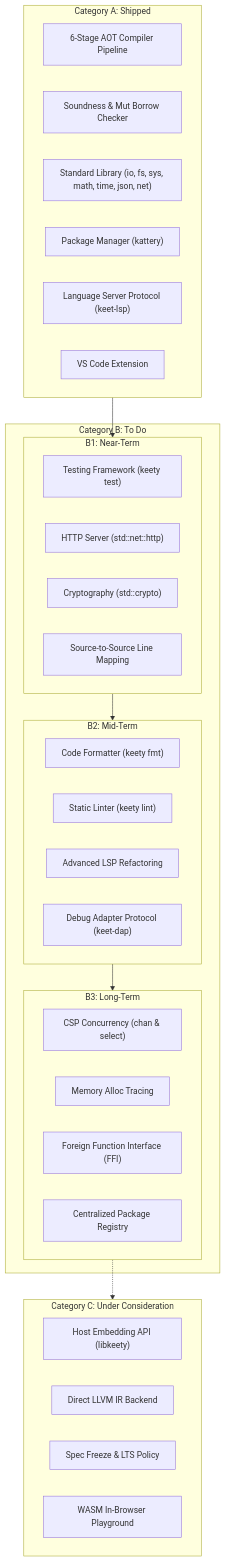
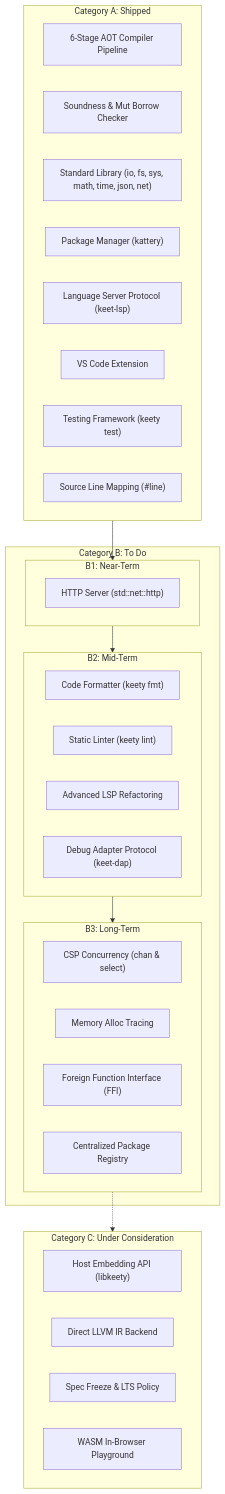
Before and after one commit to paweljjar/keety: the diagram in ROADMAP.md, drawn with Mermaid. The commit also changed other lines of this file and 4 other files, not shown here.

````diff
--- a/ROADMAP.md
+++ b/ROADMAP.md
@@ -17,41 +17,40 @@
 ```mermaid
 flowchart TD
     subgraph A["Category A: Shipped"]
         A1["6-Stage AOT Compiler Pipeline"]
         A2["Soundness & Mut Borrow Checker"]
         A3["Standard Library (io, fs, sys, math, time, json, net)"]
         A4["Package Manager (kattery)"]
         A5["Language Server Protocol (keet-lsp)"]
         A6["VS Code Extension"]
+        A7["Testing Framework (keety test)"]
+        A8["Source Line Mapping (#line)"]
     end
 
     subgraph B["Category B: To Do"]
         subgraph B1["B1: Near-Term"]
-            B1_1["Testing Framework (keety test)"]
-            B1_2["HTTP Server (std::net::http)"]
-            B1_3["Cryptography (std::crypto)"]
-            B1_4["Source-to-Source Line Mapping"]
+            B1_1["HTTP Server (std::net::http)"]
         end
         subgraph B2["B2: Mid-Term"]
             B2_1["Code Formatter (keety fmt)"]
             B2_2["Static Linter (keety lint)"]
             B2_3["Advanced LSP Refactoring"]
             B2_4["Debug Adapter Protocol (keet-dap)"]
         end
         subgraph B3["B3: Long-Term"]
             B3_1["CSP Concurrency (chan & select)"]
             B3_2["Memory Alloc Tracing"]
             B3_3["Foreign Function Interface (FFI)"]
             B3_4["Centralized Package Registry"]
         end
     end
 
     subgraph C["Category C: Under Consideration"]
         C1["Host Embedding API (libkeety)"]
         C2["Direct LLVM IR Backend"]
         C3["Spec Freeze & LTS Policy"]
         C4["WASM In-Browser Playground"]
     end
 
     A --> B1 --> B2 --> B3 -.-> C
 ```
````
